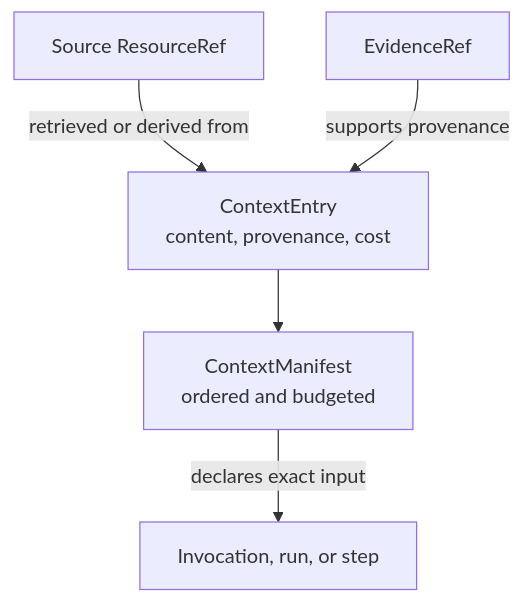
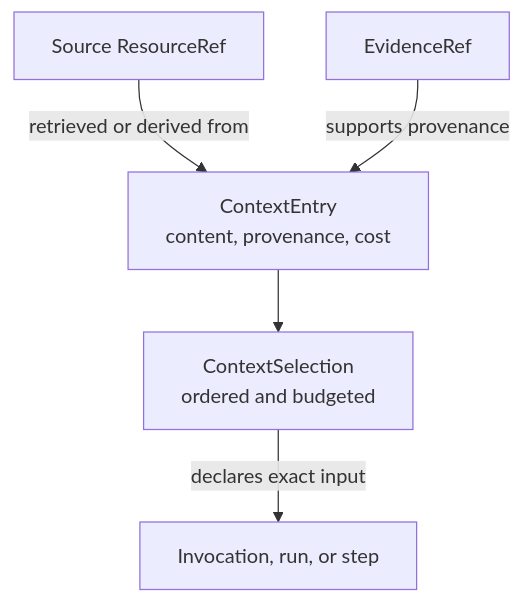
One commit to theGeekist/llm-core changed the diagram in docs/capabilities/context.md. Above: the diagram before and after it, drawn with Mermaid. The commit also changed other lines of this file and 203 other files, not shown here.

````diff
--- a/docs/capabilities/context.md
+++ b/docs/capabilities/context.md
@@ -24,13 +24,13 @@
 ```mermaid
 flowchart TB
   Source["Source ResourceRef"]
   Evidence["EvidenceRef"]
   Entry["ContextEntry<br/>content, provenance, cost"]
-  Manifest["ContextManifest<br/>ordered and budgeted"]
+  Manifest["ContextSelection<br/>ordered and budgeted"]
   Invocation["Invocation, run, or step"]
 
   Source -->|"retrieved or derived from"| Entry
   Evidence -->|"supports provenance"| Entry
   Entry --> Manifest
   Manifest -->|"declares exact input"| Invocation
 ```
````
